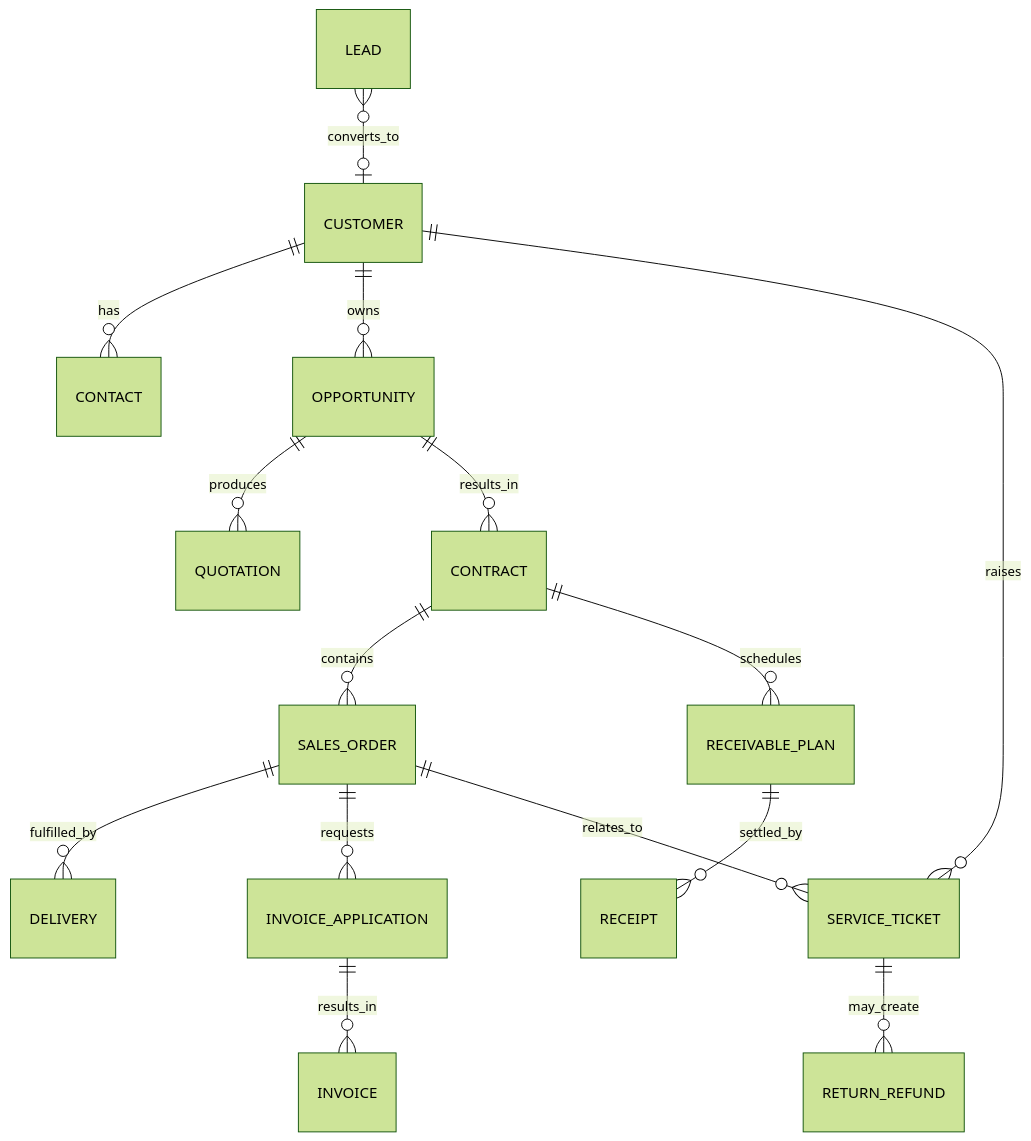
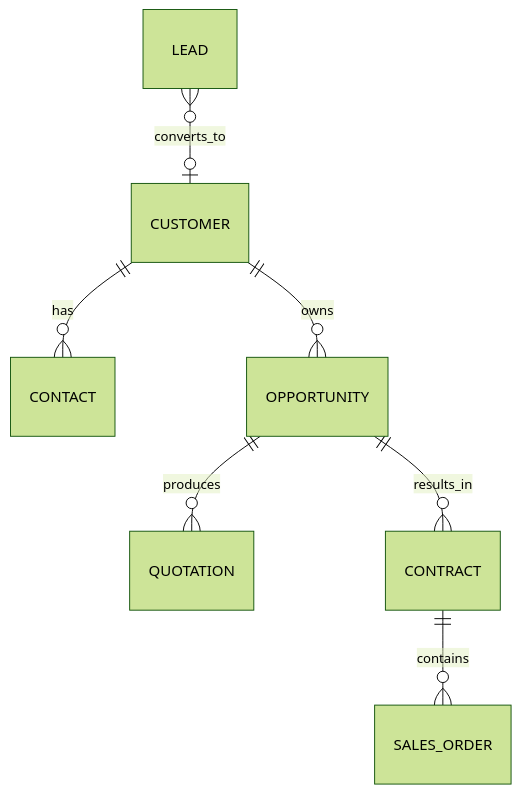
Before and after one commit to Squirtles331/AiCRM: the eighth of 9 diagrams in 智能CRM系统整体闭环流程文档.md, drawn with Mermaid (forest theme). The commit also changed other lines of this file and 7 other files, not shown here.

````diff
--- a/智能CRM系统整体闭环流程文档.md
+++ b/智能CRM系统整体闭环流程文档.md
@@ -622,17 +493,9 @@
 ```mermaid
 erDiagram
     LEAD }o--o| CUSTOMER : converts_to
     CUSTOMER ||--o{ CONTACT : has
     CUSTOMER ||--o{ OPPORTUNITY : owns
     OPPORTUNITY ||--o{ QUOTATION : produces
     OPPORTUNITY ||--o{ CONTRACT : results_in
     CONTRACT ||--o{ SALES_ORDER : contains
-    SALES_ORDER ||--o{ DELIVERY : fulfilled_by
-    CONTRACT ||--o{ RECEIVABLE_PLAN : schedules
-    RECEIVABLE_PLAN ||--o{ RECEIPT : settled_by
-    SALES_ORDER ||--o{ INVOICE_APPLICATION : requests
-    INVOICE_APPLICATION ||--o{ INVOICE : results_in
-    CUSTOMER ||--o{ SERVICE_TICKET : raises
-    SALES_ORDER ||--o{ SERVICE_TICKET : relates_to
-    SERVICE_TICKET ||--o{ RETURN_REFUND : may_create
 ```
````
